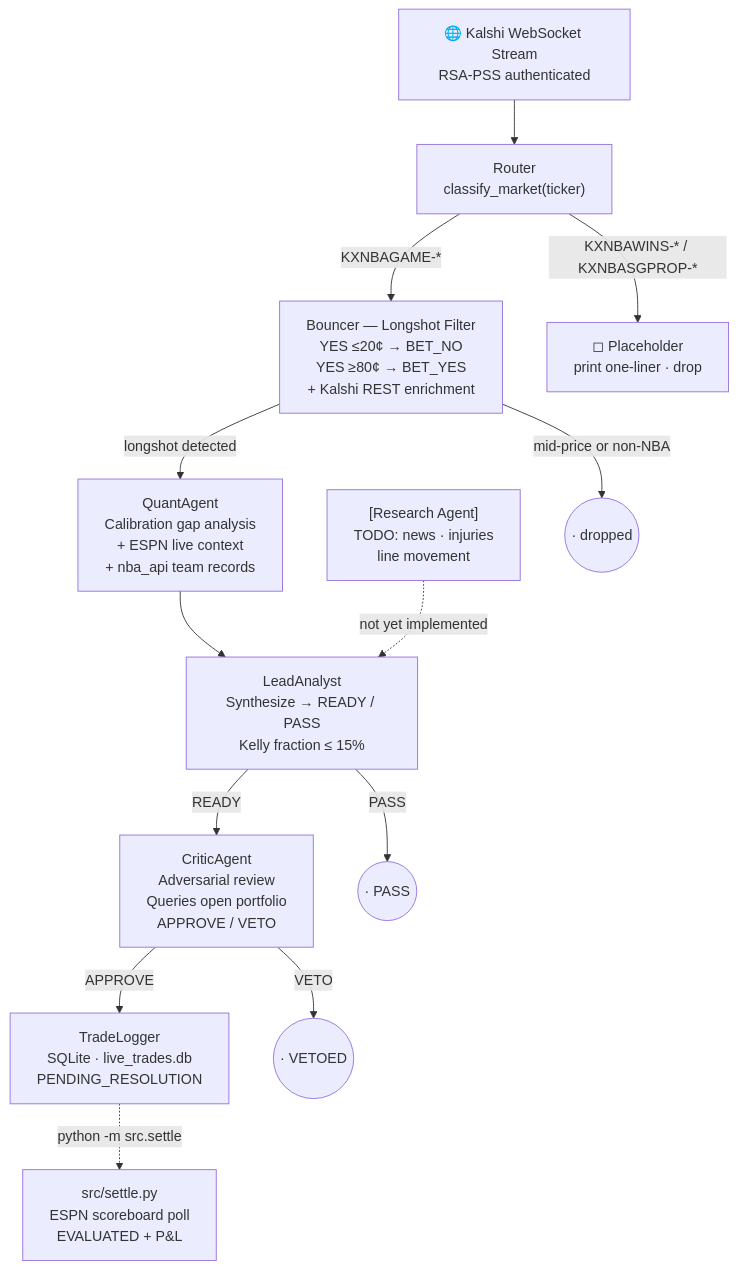
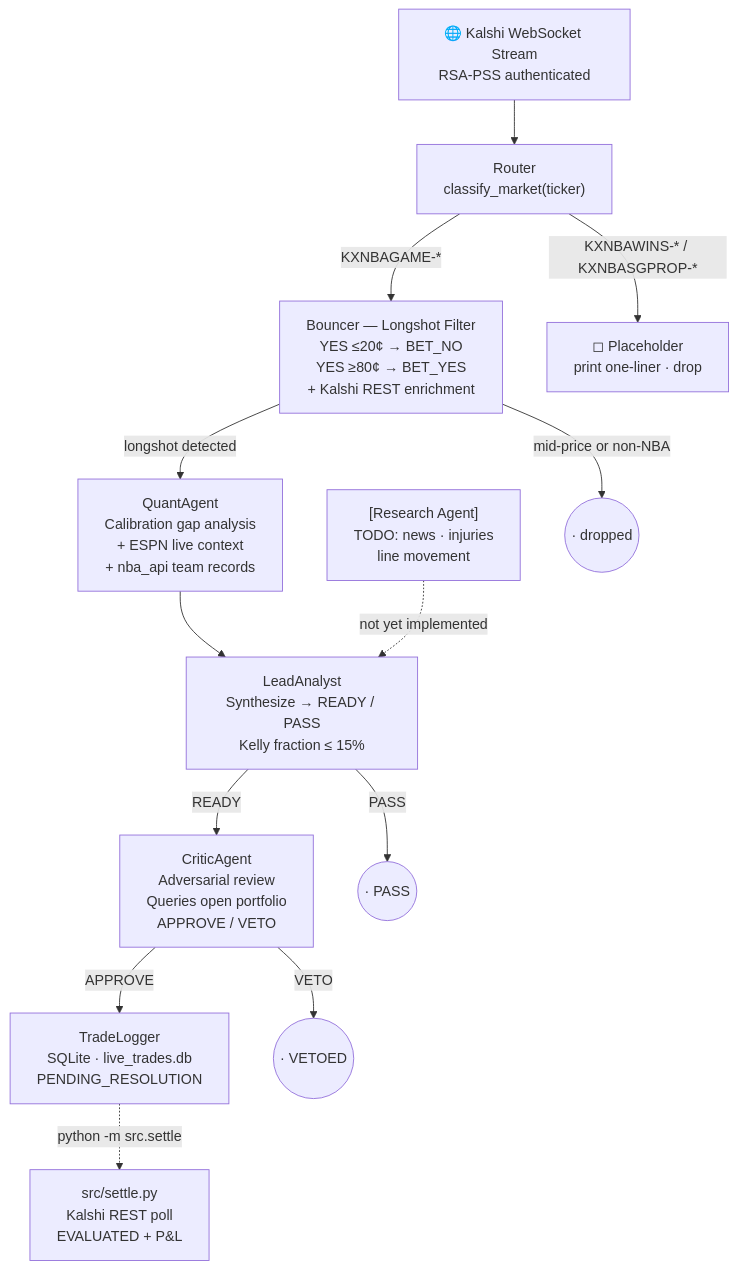
One commit to jacobhuynh/p2p-trade-bot changed the diagram in README.md. Above: the diagram before and after it, drawn with Mermaid. The commit also changed other lines of this file and 2 other files, not shown here.

Commit message:
updated settle.py to account for totals and player props

````diff
--- a/README.md
+++ b/README.md
@@ -23,29 +23,29 @@
 ```mermaid
 flowchart TD
     WS["🌐 Kalshi WebSocket Stream<br/>RSA-PSS authenticated"]
     ROUTER["Router<br/>classify_market(ticker)"]
     BOUNCER["Bouncer — Longshot Filter<br/>YES ≤20¢ → BET_NO<br/>YES ≥80¢ → BET_YES<br/>+ Kalshi REST enrichment"]
     QUANT["QuantAgent<br/>Calibration gap analysis<br/>+ ESPN live context<br/>+ nba_api team records"]
     RESEARCH["[Research Agent]<br/>TODO: news · injuries<br/>line movement"]
     ORCH["LeadAnalyst<br/>Synthesize → READY / PASS<br/>Kelly fraction ≤ 15%"]
     CRITIC["CriticAgent<br/>Adversarial review<br/>Queries open portfolio<br/>APPROVE / VETO"]
     LOGGER["TradeLogger<br/>SQLite · live_trades.db<br/>PENDING_RESOLUTION"]
-    SETTLE["src/settle.py<br/>ESPN scoreboard poll<br/>EVALUATED + P&L"]
+    SETTLE["src/settle.py<br/>Kalshi REST poll<br/>EVALUATED + P&L"]
     PLACEHOLDER["◻ Placeholder<br/>print one-liner · drop"]
     DROPPED(("· dropped"))
     PASSD(("· PASS"))
     VETOD(("· VETOED"))
 
     WS --> ROUTER
     ROUTER -->|"KXNBAGAME-*"| BOUNCER
     ROUTER -->|"KXNBAWINS-* / KXNBASGPROP-*"| PLACEHOLDER
     BOUNCER -->|longshot detected| QUANT
     BOUNCER -->|mid-price or non-NBA| DROPPED
     QUANT --> ORCH
     RESEARCH -. "not yet implemented" .-> ORCH
     ORCH -->|READY| CRITIC
     ORCH -->|PASS| PASSD
     CRITIC -->|APPROVE| LOGGER
     CRITIC -->|VETO| VETOD
     LOGGER -. "python -m src.settle" .-> SETTLE
 ```
````
